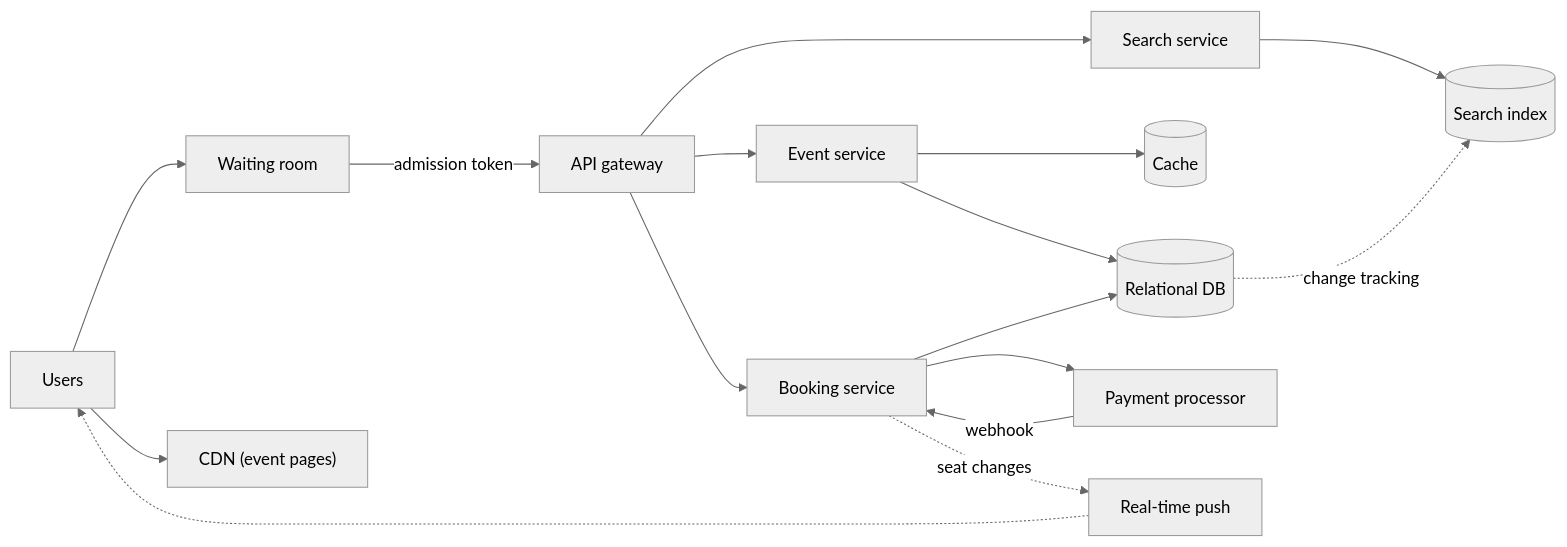
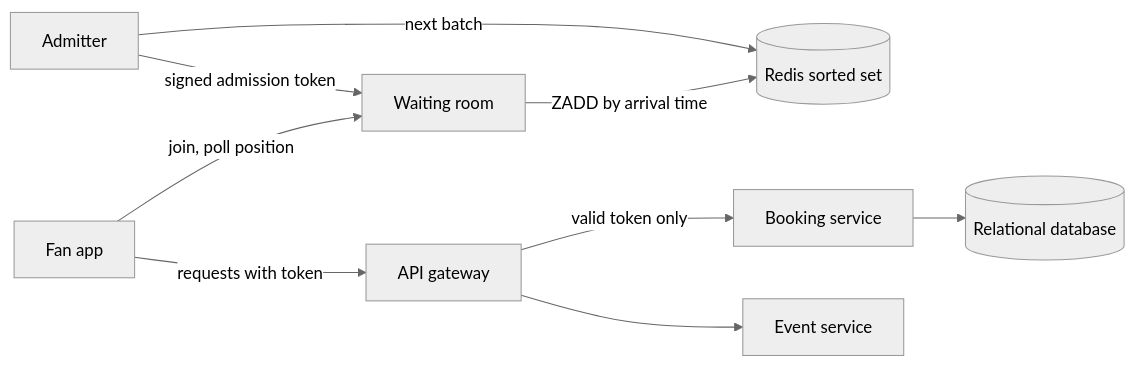
Before and after one commit to spabolu/system-design-modern: the eighth of 12 diagrams in docs/06-case-studies/ticket-booking.md, drawn with Mermaid (neutral theme). The commit also changed other lines of this file, not shown here.

Commit message:
Rewrite ticket booking case study as a mock interview

````diff
--- a/docs/06-case-studies/ticket-booking.md
+++ b/docs/06-case-studies/ticket-booking.md
@@ -66,18 +351,11 @@
 ```mermaid
 flowchart LR
-  U[Users] --> WR[Waiting room]
-  WR -->|admission token| GW[API gateway]
-  U --> CDN["CDN (event pages)"]
+  Fan[Fan app] -->|"join, poll position"| WR[Waiting room]
+  WR -->|"ZADD by arrival time"| Q[("Redis sorted set")]
+  ADM[Admitter] -->|"next batch"| Q
+  ADM -->|"signed admission token"| WR
+  Fan -->|"requests with token"| GW[API gateway]
+  GW -->|"valid token only"| BS[Booking service]
   GW --> ES[Event service]
-  GW --> BS[Booking service]
-  GW --> SS[Search service]
-  ES --> C[(Cache)]
-  ES --> DB[(Relational DB)]
-  BS --> DB
-  BS --> PAY[Payment processor]
-  PAY -->|webhook| BS
-  SS --> IDX[(Search index)]
-  DB -.->|"change tracking"| IDX
-  BS -.->|seat changes| RT[Real-time push]
-  RT -.-> U
+  BS --> DB[("Relational database")]
 ```
````
